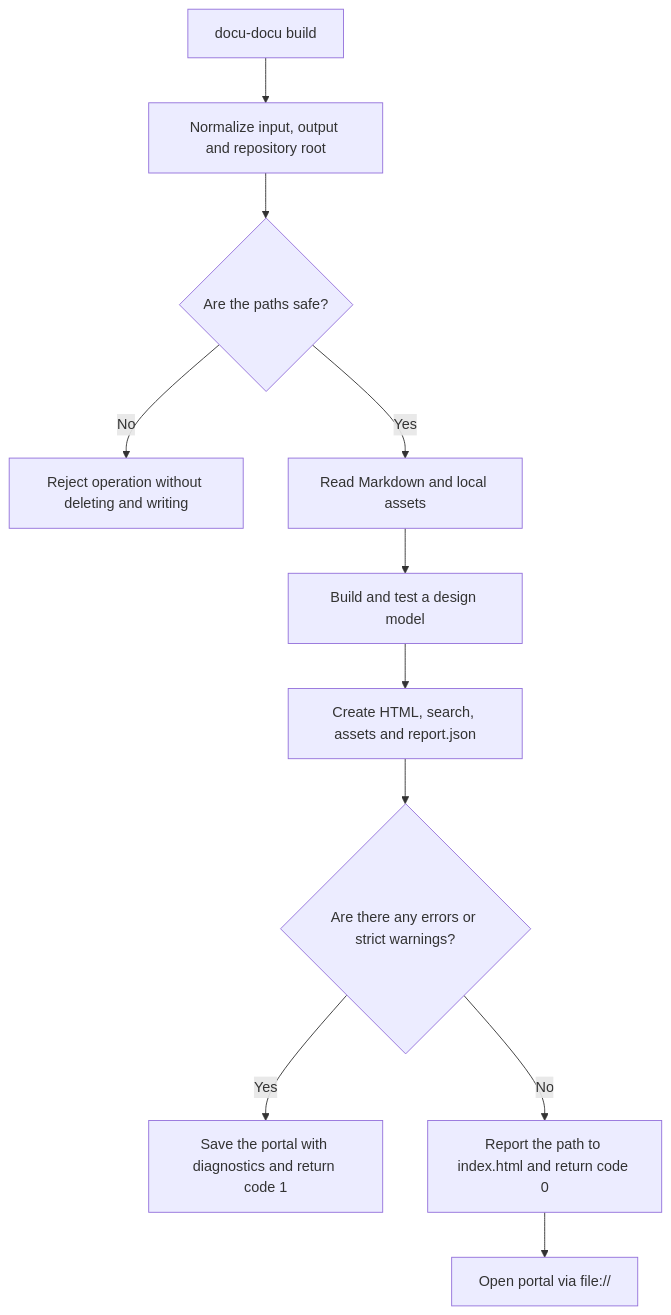
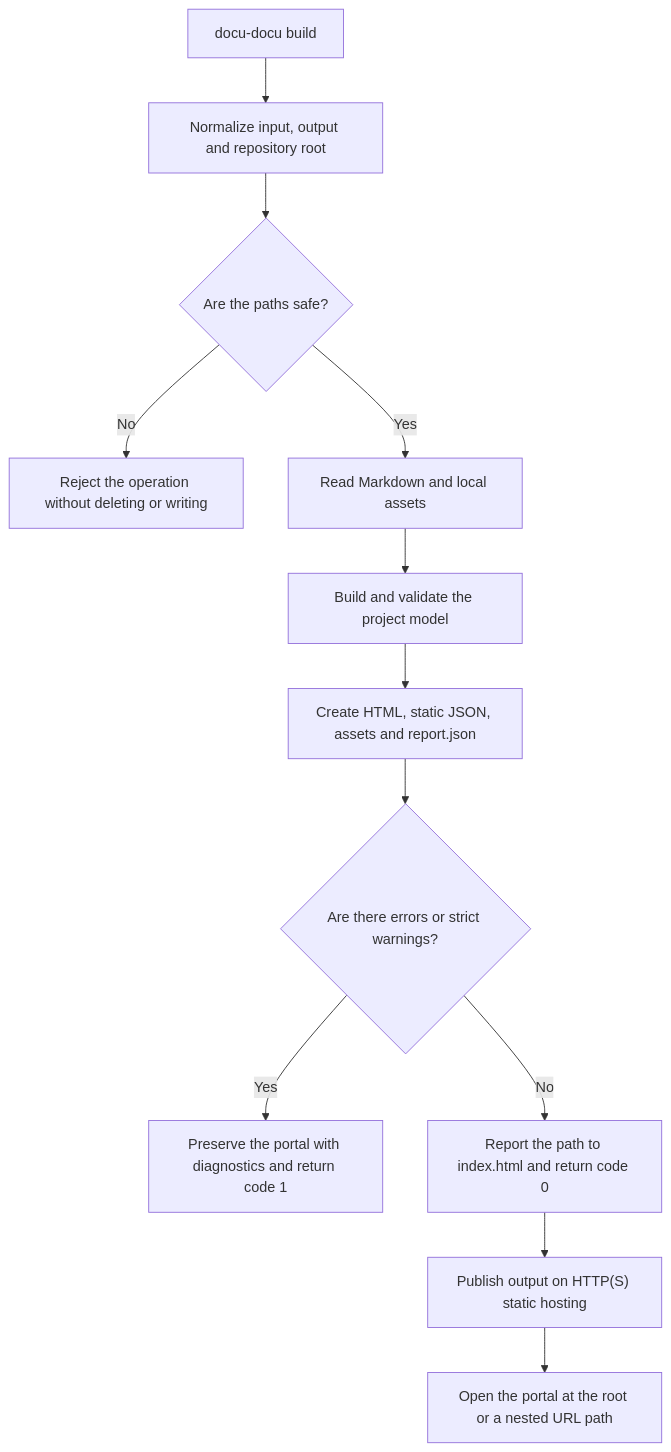
One commit to lumenikoly/toudocu changed the diagram in docs-en/flows/FLOW-DOCS-BUILD.md. Above: the diagram before and after it, drawn with Mermaid. The commit also changed other lines of this file and 161 other files, not shown here.

````diff
--- a/docs-en/flows/FLOW-DOCS-BUILD.md
+++ b/docs-en/flows/FLOW-DOCS-BUILD.md
@@ -14,13 +14,14 @@
 ```mermaid
 flowchart TD
     Start["docu-docu build"] --> Resolve["Normalize input, output and repository root"]
     Resolve --> Safe{"Are the paths safe?"}
-    Safe -->|No| Reject["Reject operation without deleting and writing"]
+    Safe -->|No| Reject["Reject the operation without deleting or writing"]
     Safe -->|Yes| Read["Read Markdown and local assets"]
-    Read --> Model["Build and test a design model"]
-    Model --> Generate["Create HTML, search, assets and report.json"]
-    Generate --> Result{"Are there any errors or strict warnings?"}
-    Result -->|Yes| Failed["Save the portal with diagnostics and return code 1"]
+    Read --> Model["Build and validate the project model"]
+    Model --> Generate["Create HTML, static JSON, assets and report.json"]
+    Generate --> Result{"Are there errors or strict warnings?"}
+    Result -->|Yes| Failed["Preserve the portal with diagnostics and return code 1"]
     Result -->|No| Ready["Report the path to index.html and return code 0"]
-    Ready --> Open["Open portal via file://"]
+    Ready --> Publish["Publish output on HTTP(S) static hosting"]
+    Publish --> Open["Open the portal at the root or a nested URL path"]
 ```
````
